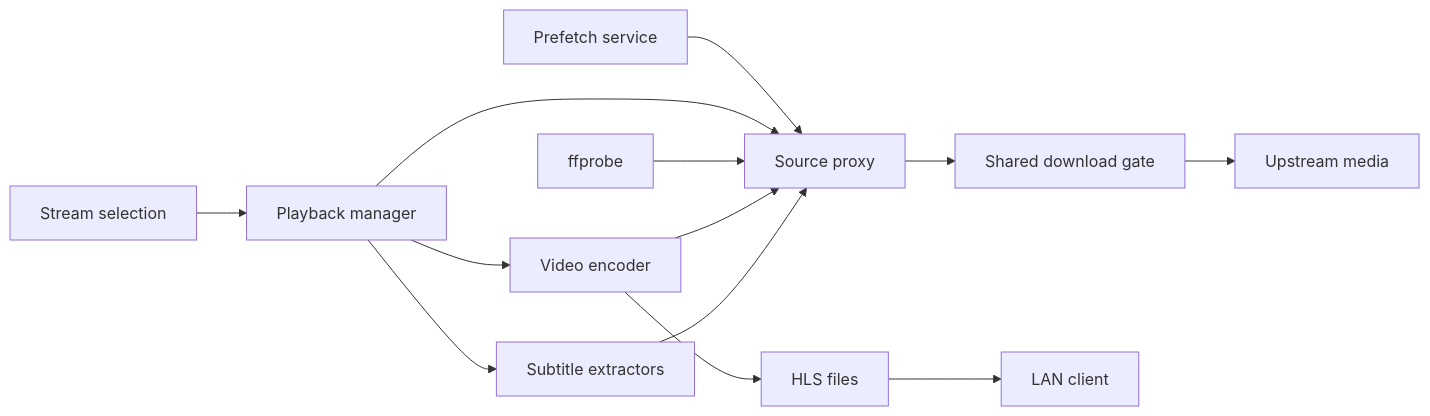
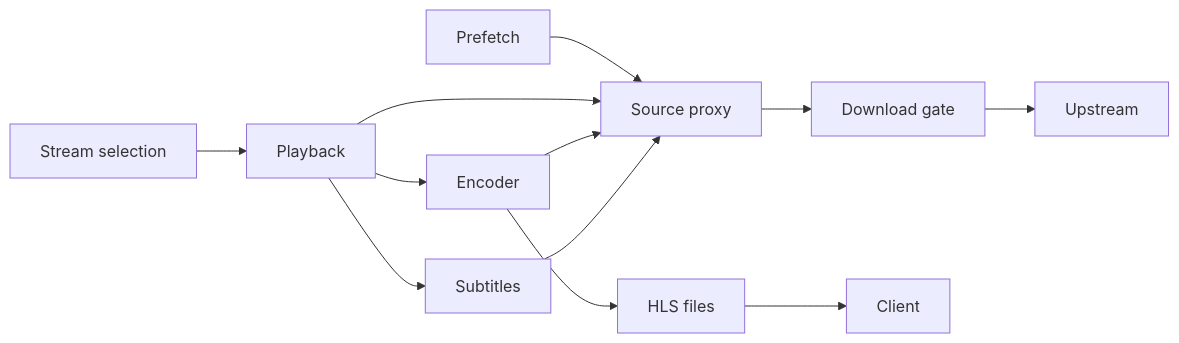
Before and after one commit to VeroxAUS/homestream: the diagram in droid-wiki/systems/index.md, drawn with Mermaid. The commit also changed other lines of this file and 57 other files, not shown here.

````diff
--- a/droid-wiki/systems/index.md
+++ b/droid-wiki/systems/index.md
@@ -20,15 +20,14 @@
 ```mermaid
 graph LR
-    Selection[Stream selection] --> Manager[Playback manager]
-    Prefetch[Prefetch service] --> Proxy[Source proxy]
-    Manager --> Proxy
-    Manager --> Encoder[Video encoder]
-    Manager --> Subs[Subtitle extractors]
-    Probe[ffprobe] --> Proxy
+    Discovery[Stream selection] --> Playback
+    Prefetch --> Proxy[Source proxy]
+    Playback --> Proxy
+    Playback --> Encoder
+    Playback --> Subtitles
     Encoder --> Proxy
-    Subs --> Proxy
-    Proxy --> Gate[Shared download gate]
-    Gate --> Upstream[Upstream media]
-    Encoder --> Files[HLS files]
-    Files --> Client[LAN client]
+    Subtitles --> Proxy
+    Proxy --> Gate[Download gate]
+    Gate --> Upstream
+    Encoder --> HLS[HLS files]
+    HLS --> Client
 ```
````
